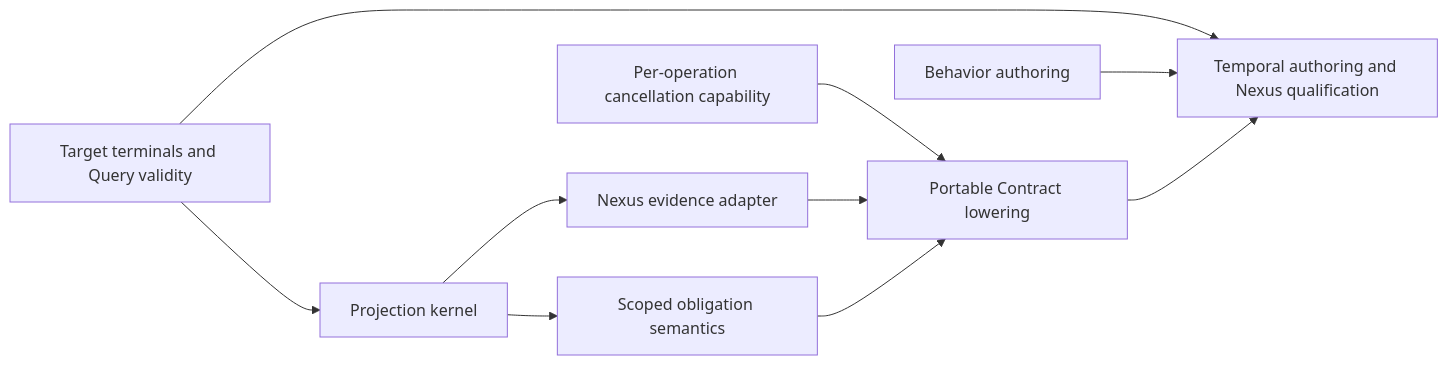
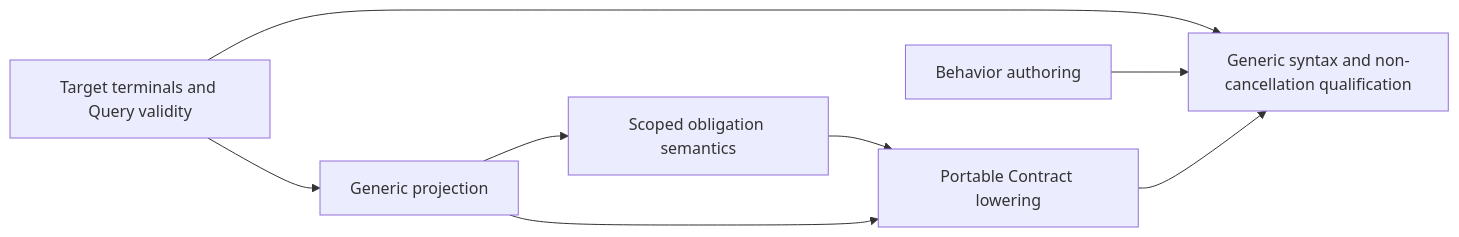
Before and after one commit to stephanos/temporal: the diagram in .flow/specs/fn-78-typed-temporal-authoring-and-checked.md, drawn with Mermaid. The commit also changed other lines of this file and 27 other files, not shown here.

````diff
--- a/.flow/specs/fn-78-typed-temporal-authoring-and-checked.md
+++ b/.flow/specs/fn-78-typed-temporal-authoring-and-checked.md
@@ -243,12 +231,10 @@
 ```mermaid
 flowchart LR
-  Q[Target terminals and Query validity] --> P[Projection kernel]
-  Q --> Z[Temporal authoring and Nexus qualification]
+  Q[Target terminals and Query validity] --> P[Generic projection]
+  P --> O[Scoped obligation semantics]
+  O --> C[Portable Contract lowering]
+  P --> C
+  Q --> Z[Generic syntax and non-cancellation qualification]
   B[Behavior authoring] --> Z
-  P --> N[Nexus evidence adapter]
-  P --> O[Scoped obligation semantics]
-  K[Per-operation cancellation capability] --> C[Portable Contract lowering]
-  N --> C
-  O --> C
   C --> Z
 ```
````
